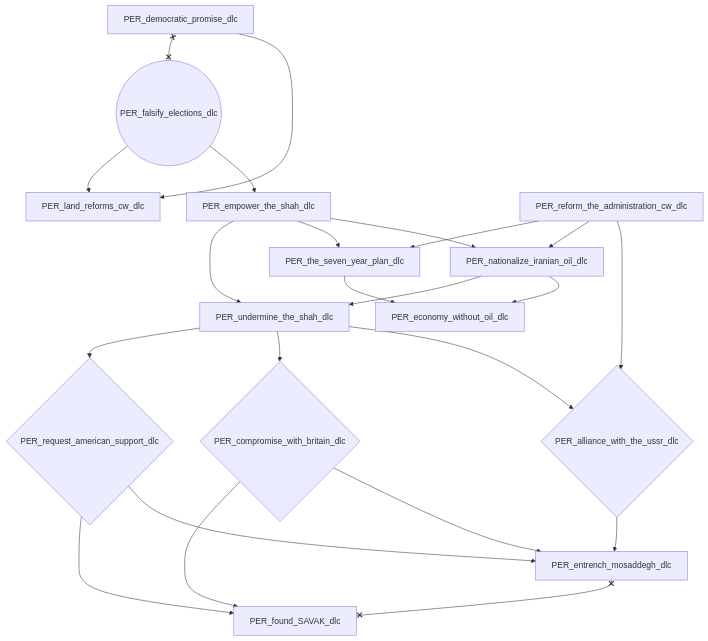
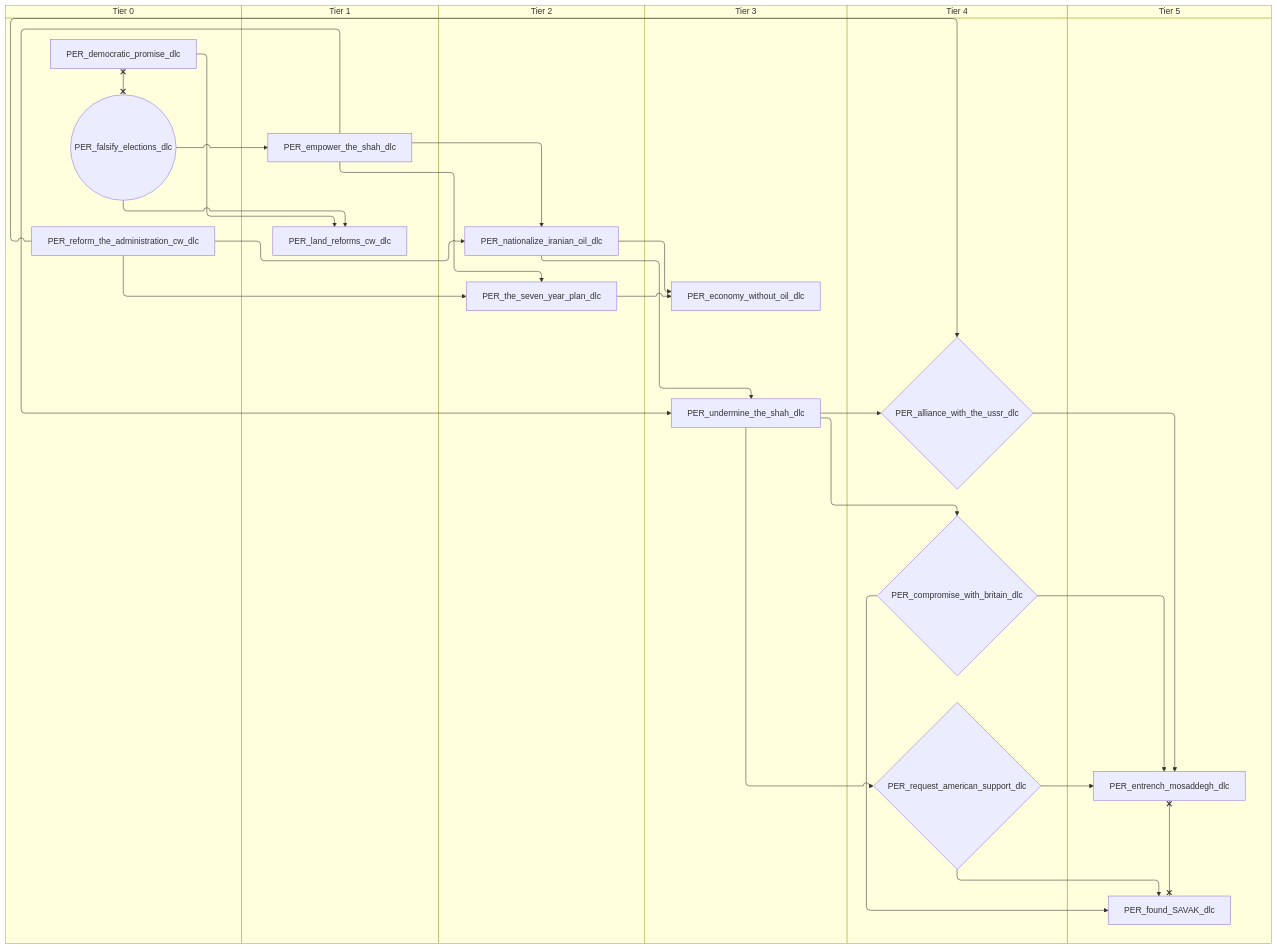
Before and after one commit to evgeny-sobol/hoi4-sandbox-mode-r56: the fourth of 9 diagrams in docs/gdd/National Focuses/r56/persia.md, drawn with Mermaid. The commit also changed other lines of this file and 423 other files, not shown here.

First line of the commit message:
Re-export Rt56 focus trees as swimlane diagrams

````diff
--- a/docs/gdd/National Focuses/r56/persia.md
+++ b/docs/gdd/National Focuses/r56/persia.md
@@ -125,39 +165,51 @@
 ```mermaid
-flowchart TD
-    n1{"PER_alliance_with_the_ussr_dlc"}
-    n2{"PER_compromise_with_britain_dlc"}
-    n3["PER_democratic_promise_dlc"]
-    n4["PER_economy_without_oil_dlc"]
-    n5["PER_empower_the_shah_dlc"]
-    n6["PER_entrench_mosaddegh_dlc"]
-    n7(("PER_falsify_elections_dlc"))
-    n8["PER_found_SAVAK_dlc"]
-    n9["PER_land_reforms_cw_dlc"]
-    n10["PER_nationalize_iranian_oil_dlc"]
-    n11["PER_reform_the_administration_cw_dlc"]
-    n12{"PER_request_american_support_dlc"}
-    n13["PER_the_seven_year_plan_dlc"]
-    n14["PER_undermine_the_shah_dlc"]
-    n14 --> n1
-    n11 --> n1
-    n14 --> n2
-    n10 --> n4
-    n13 --> n4
-    n7 --> n5
-    n12 --> n6
+swimlane-beta TD
+    subgraph tier_0["Tier 0"]
+        n1["PER_democratic_promise_dlc"]
+        n3(("PER_falsify_elections_dlc"))
+        n5["PER_reform_the_administration_cw_dlc"]
+    end
+    subgraph tier_1["Tier 1"]
+        n2["PER_empower_the_shah_dlc"]
+        n4["PER_land_reforms_cw_dlc"]
+    end
+    subgraph tier_2["Tier 2"]
+        n6["PER_nationalize_iranian_oil_dlc"]
+        n7["PER_the_seven_year_plan_dlc"]
+    end
+    subgraph tier_3["Tier 3"]
+        n8["PER_economy_without_oil_dlc"]
+        n9["PER_undermine_the_shah_dlc"]
+    end
+    subgraph tier_4["Tier 4"]
+        n10{"PER_alliance_with_the_ussr_dlc"}
+        n11{"PER_compromise_with_britain_dlc"}
+        n12{"PER_request_american_support_dlc"}
+    end
+    subgraph tier_5["Tier 5"]
+        n13["PER_entrench_mosaddegh_dlc"]
+        n14["PER_found_SAVAK_dlc"]
+    end
+    n9 --> n10
+    n5 --> n10
+    n9 --> n11
+    n6 --> n8
+    n7 --> n8
+    n3 --> n2
+    n12 --> n13
+    n11 --> n13
+    n10 --> n13
+    n12 --> n14
+    n11 --> n14
+    n1 --> n4
+    n3 --> n4
+    n5 --> n6
     n2 --> n6
-    n1 --> n6
-    n12 --> n8
-    n2 --> n8
-    n3 --> n9
-    n7 --> n9
-    n11 --> n10
-    n5 --> n10
-    n14 --> n12
-    n5 --> n13
-    n11 --> n13
-    n10 --> n14
-    n5 --> n14
-    n3 x--x n7
-    n6 x--x n8
+    n9 --> n12
+    n2 --> n7
+    n5 --> n7
+    n6 --> n9
+    n2 --> n9
+    n1 x--x n3
+    n13 x--x n14
 ```
````
